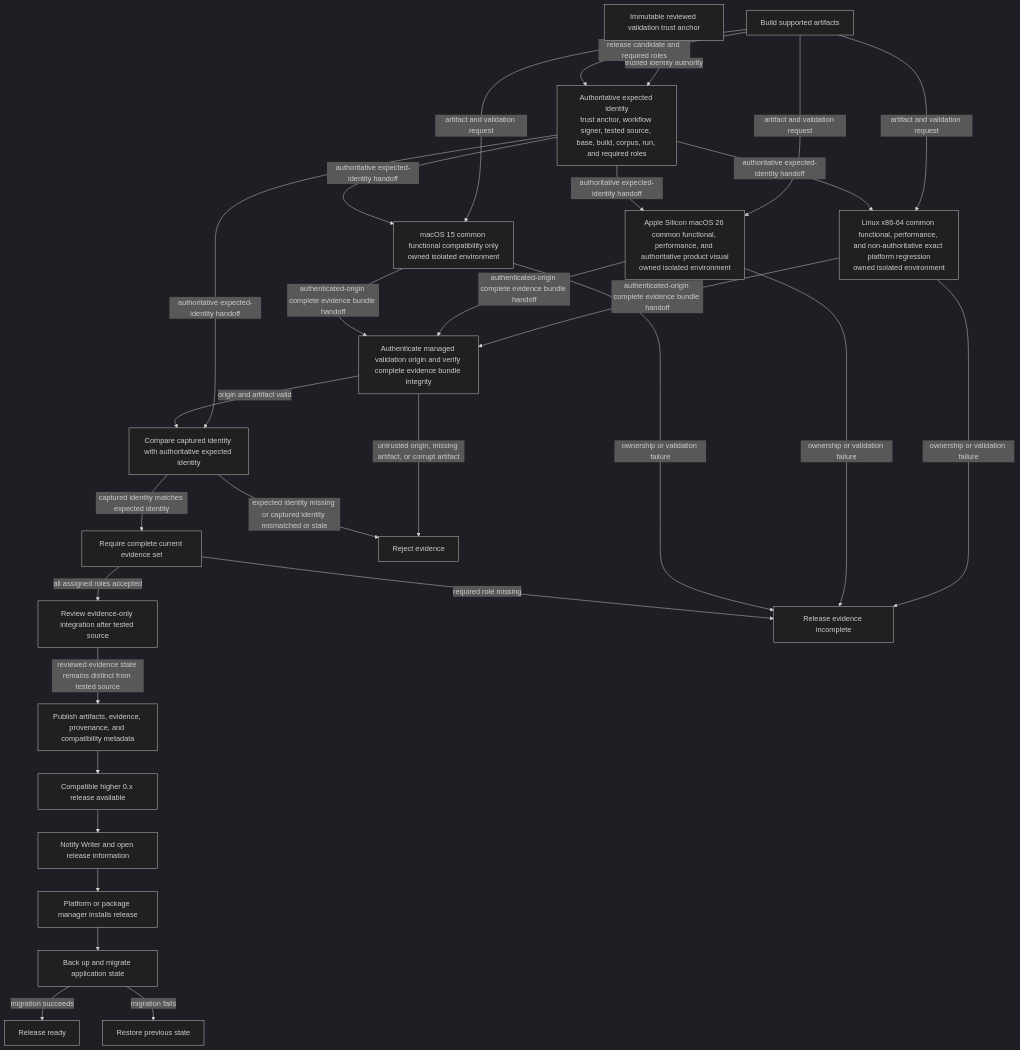
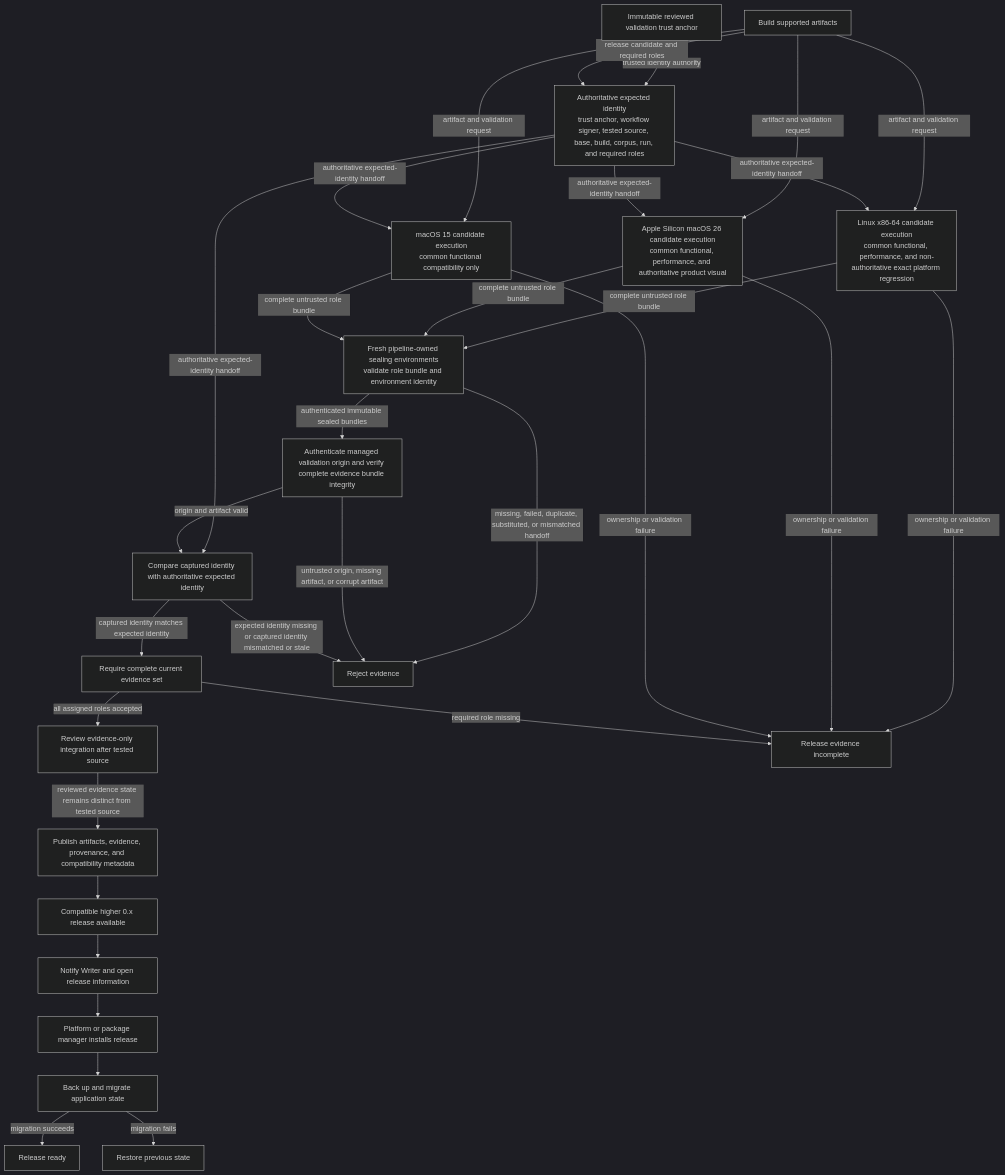
Before and after one commit to SkrOYC/burlmd: the diagram in .constitution/architecture/flows/flow-release.md, drawn with Mermaid (dark theme). The commit also changed other lines of this file and 19 other files, not shown here.

First line of the commit message:
docs: split managed role execution from evidence sealing

````diff
--- a/.constitution/architecture/flows/flow-release.md
+++ b/.constitution/architecture/flows/flow-release.md
@@ -5,51 +5,54 @@
 ```mermaid
 flowchart TD
     Build[Build supported artifacts]
     Trust[Immutable reviewed validation trust anchor]
     Expected[Authoritative expected identity\ntrust anchor, workflow signer, tested source, base, build, corpus, run, and required roles]
-    Linux[Linux x86-64 common functional, performance, and non-authoritative exact platform regression\nowned isolated environment]
-    MacReference[Apple Silicon macOS 26 common functional, performance, and authoritative product visual\nowned isolated environment]
-    MacCompatibility[macOS 15 common functional compatibility only\nowned isolated environment]
+    Linux[Linux x86-64 candidate execution\ncommon functional, performance, and non-authoritative exact platform regression]
+    MacReference[Apple Silicon macOS 26 candidate execution\ncommon functional, performance, and authoritative product visual]
+    MacCompatibility[macOS 15 candidate execution\ncommon functional compatibility only]
+    Seal[Fresh pipeline-owned sealing environments\nvalidate role bundle and environment identity]
     Integrity[Authenticate managed validation origin and verify complete evidence bundle integrity]
     Identity[Compare captured identity with authoritative expected identity]
     Complete[Require complete current evidence set]
     Report[Review evidence-only integration after tested source]
     Publish[Publish artifacts, evidence, provenance, and compatibility metadata]
     Available[Compatible higher 0.x release available]
     Notify[Notify Writer and open release information]
     PlatformInstall[Platform or package manager installs release]
     Migrating[Back up and migrate application state]
     Ready[Release ready]
     PreviousState[Restore previous state]
     Failed[Release evidence incomplete]
     Rejected[Reject evidence]
 
     Trust -->|trusted identity authority| Expected
     Build -->|release candidate and required roles| Expected
     Build -->|artifact and validation request| Linux
     Build -->|artifact and validation request| MacReference
     Build -->|artifact and validation request| MacCompatibility
     Expected -->|authoritative expected-identity handoff| Linux
     Expected -->|authoritative expected-identity handoff| MacReference
     Expected -->|authoritative expected-identity handoff| MacCompatibility
     Expected -->|authoritative expected-identity handoff| Identity
-    Linux -->|authenticated-origin complete evidence bundle handoff| Integrity
-    MacReference -->|authenticated-origin complete evidence bundle handoff| Integrity
-    MacCompatibility -->|authenticated-origin complete evidence bundle handoff| Integrity
+    Linux -->|complete untrusted role bundle| Seal
+    MacReference -->|complete untrusted role bundle| Seal
+    MacCompatibility -->|complete untrusted role bundle| Seal
+    Seal -->|authenticated immutable sealed bundles| Integrity
     Linux -->|ownership or validation failure| Failed
     MacReference -->|ownership or validation failure| Failed
     MacCompatibility -->|ownership or validation failure| Failed
+    Seal -->|missing, failed, duplicate, substituted, or mismatched handoff| Rejected
     Integrity -->|origin and artifact valid| Identity
     Integrity -->|untrusted origin, missing artifact, or corrupt artifact| Rejected
     Identity -->|captured identity matches expected identity| Complete
     Identity -->|expected identity missing or captured identity mismatched or stale| Rejected
     Complete -->|all assigned roles accepted| Report
     Complete -->|required role missing| Failed
     Report -->|reviewed evidence state remains distinct from tested source| Publish
     Publish --> Available
     Available --> Notify
     Notify --> PlatformInstall
     PlatformInstall --> Migrating
     Migrating -->|migration succeeds| Ready
     Migrating -->|migration fails| PreviousState
 ```
````
